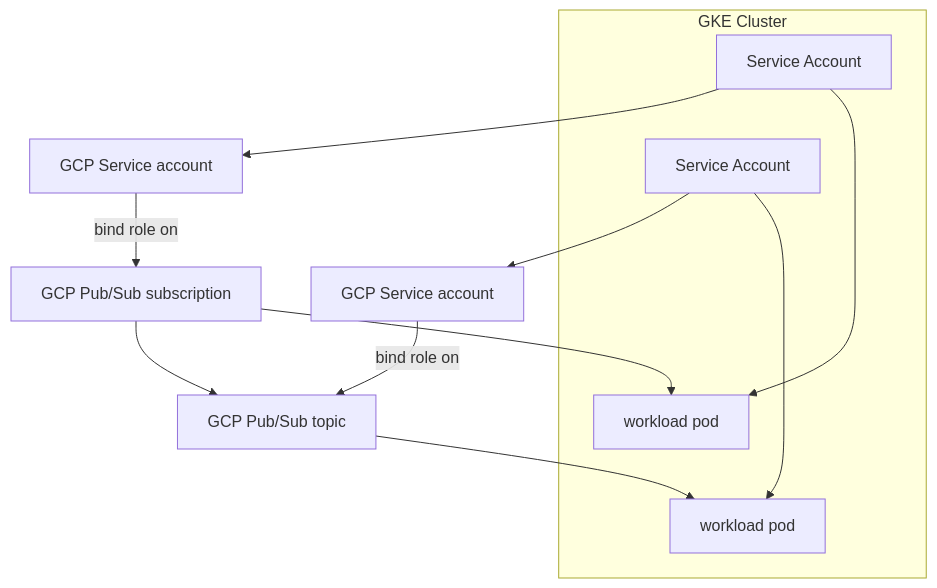
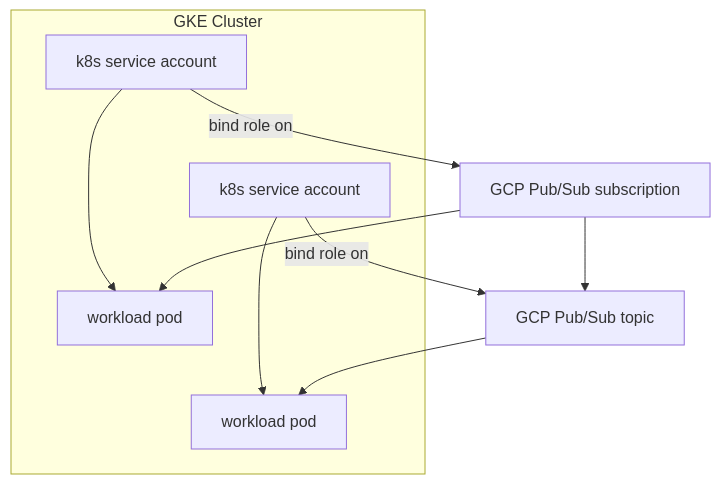
One commit to humanitec-architecture/resource-packs-gcp changed the first of 2 diagrams in examples/gcp-pubsub/README.md. Above: the diagram before and after it, drawn with Mermaid. The commit also changed other lines of this file and 26 other files, not shown here.

````diff
--- a/examples/gcp-pubsub/README.md
+++ b/examples/gcp-pubsub/README.md
@@ -52,21 +52,19 @@
 ```mermaid
 graph TD;
   topic["GCP Pub/Sub topic"]
   sub["GCP Pub/Sub subscription"]
-  topic_account["GCP Service account"]
-  sub_account["GCP Service account"]
   subgraph GKE Cluster
     topic_pod[workload pod]
-    topic_service[Service Account]
+    topic_service[k8s service account]
     sub_pod[workload pod]
-    sub_service[Service Account]
+    sub_service[k8s service account]
   end
-  topic_service --> topic_account -- bind role on --> topic
+  topic_service -- bind role on --> topic
   topic_service --> topic_pod
   topic --> topic_pod
-  sub_service --> sub_account -- bind role on --> sub
+  sub_service -- bind role on --> sub
   sub_service --> sub_pod
   sub --> sub_pod
   sub --> topic
 
 ```
````
